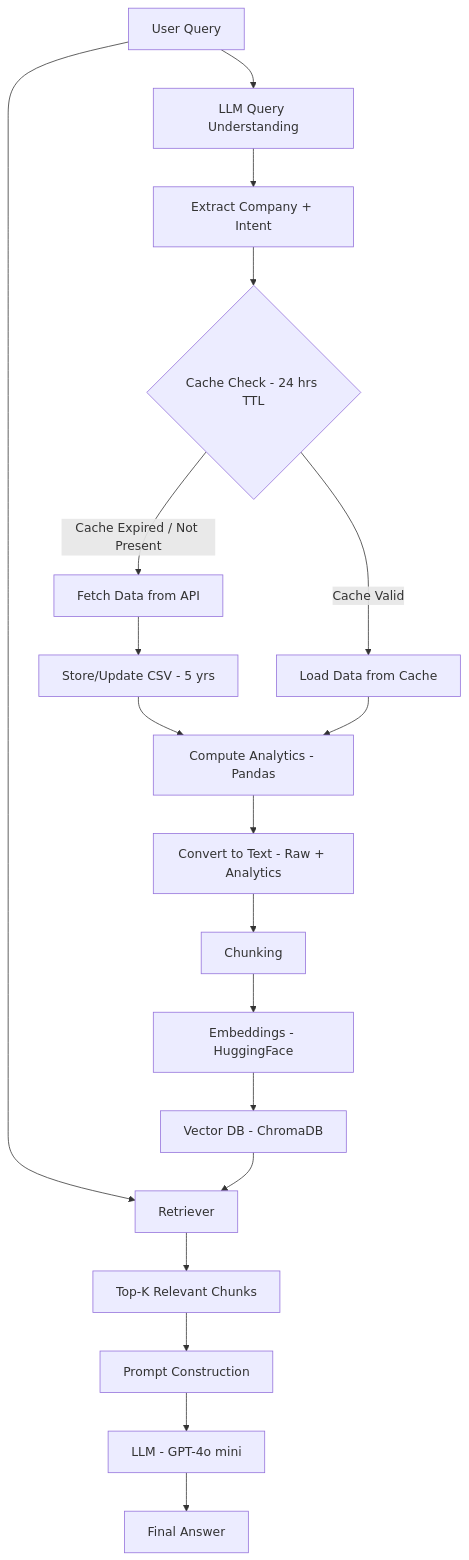
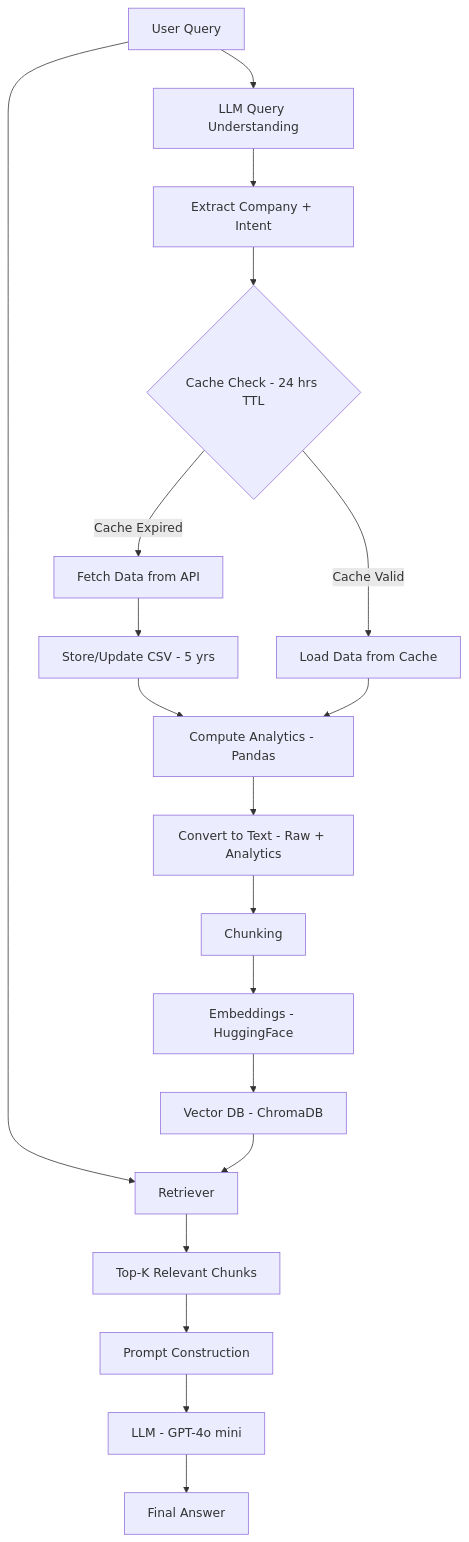
Before and after one commit to VardhiniT/GenAI_Financial_Analyser: the diagram in README.md, drawn with Mermaid.

Commit message:
code updation

````diff
--- a/README.md
+++ b/README.md
@@ -22,30 +22,30 @@
 ```mermaid
 flowchart TD
 
 A[User Query] --> B[LLM Query Understanding]
 B --> C[Extract Company + Intent]
 
 C --> D{Cache Check - 24 hrs TTL}
 
 D -->|Cache Valid| E[Load Data from Cache]
-D -->|Cache Expired / Not Present| F[Fetch Data from API]
+D -->|Cache Expired| F[Fetch Data from API]
 
 F --> G[Store/Update CSV - 5 yrs]
 G --> H[Compute Analytics - Pandas]
 
 E --> H
 
 H --> I[Convert to Text - Raw + Analytics]
 I --> J[Chunking]
 J --> K[Embeddings - HuggingFace]
 K --> L[Vector DB - ChromaDB]
 
 A --> M[Retriever]
 L --> M
 
 M --> N[Top-K Relevant Chunks]
 
 N --> O[Prompt Construction]
 O --> P[LLM - GPT-4o mini]
 P --> Q[Final Answer]
 ```
````
